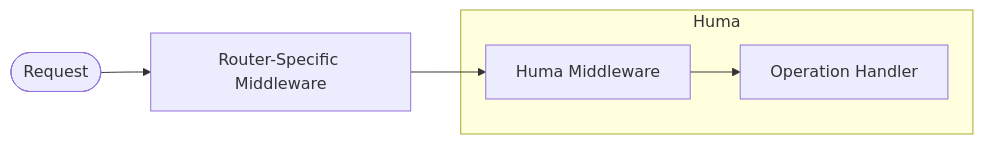
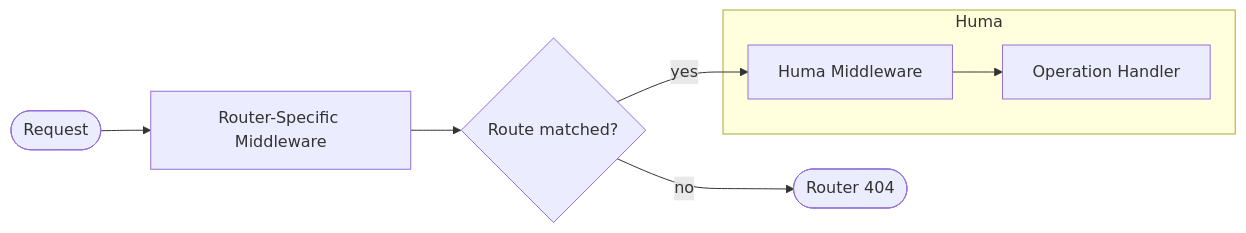
The diagram in docs/docs/features/middleware.md (danielgtaylor/huma), drawn with Mermaid before and after one commit. The commit also changed other lines of this file and 2 other files, not shown here.

Commit message:
docs: clarify router-agnostic middleware runs after route resolution (#1088)

````diff
--- a/docs/docs/features/middleware.md
+++ b/docs/docs/features/middleware.md
@@ -14,13 +14,17 @@
 ```mermaid
 graph LR
 	Request([Request])
 	RouterSpecificMiddleware[Router-Specific Middleware]
+	Router{Route matched?}
+	NotFound([Router 404])
 	HumaMiddleware[Huma Middleware]
 	OperationHandler[Operation Handler]
 
 	Request --> RouterSpecificMiddleware
-	RouterSpecificMiddleware --> HumaMiddleware
+	RouterSpecificMiddleware --> Router
+	Router -- no --> NotFound
+	Router -- yes --> HumaMiddleware
 	subgraph Huma
 		HumaMiddleware --> OperationHandler
 	end
 ```
````
